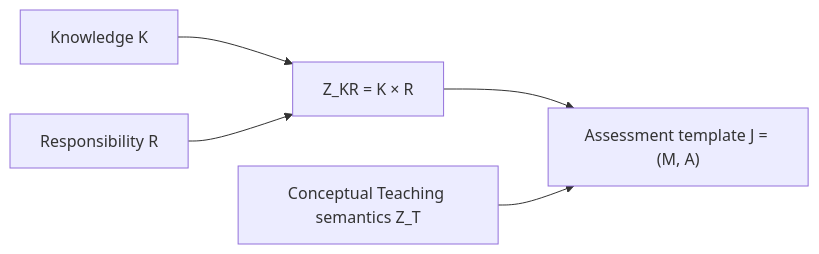
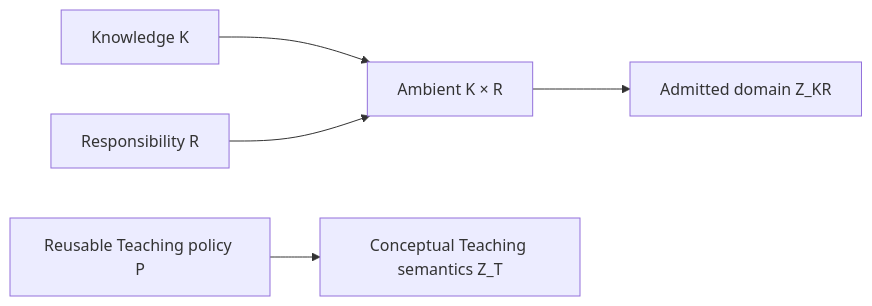
The first of 5 diagrams in content/architecture.md (thatao72/three-twin-docs), drawn with Mermaid before and after one commit. The commit also changed other lines of this file, not shown here.

Commit message:
Rewrite architecture docs from current canonical authority

````diff
--- a/content/architecture.md
+++ b/content/architecture.md
@@ -132,13 +88,14 @@
 ```mermaid
 flowchart LR
     K["Knowledge K"]
     R["Responsibility R"]
-    KR["Z_KR = K × R"]
-    T["Conceptual Teaching semantics Z_T"]
-    J["Assessment template J = (M, A)"]
+    A["Ambient K × R"]
+    ZKR["Admitted domain Z_KR"]
+    ZT["Conceptual Teaching semantics Z_T"]
+    P["Reusable Teaching policy P"]
 
-    K --> KR
-    R --> KR
-    KR --> J
-    T --> J
+    K --> A
+    R --> A
+    A --> ZKR
+    P --> ZT
 ```
````
